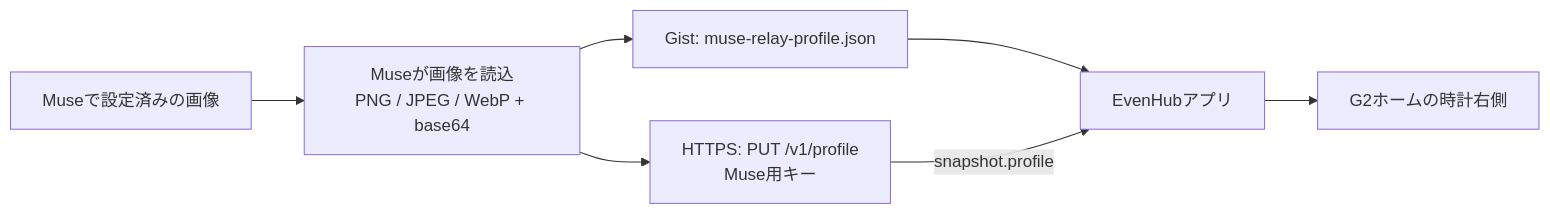
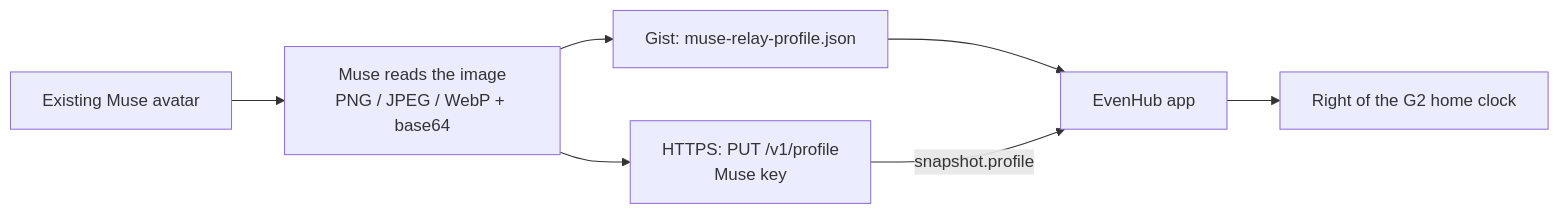
Before and after one commit to 3mintimer/muse-relay: the second of 5 diagrams in docs/protocol.md, drawn with Mermaid. The commit also changed other lines of this file and 49 other files, not shown here.

````diff
--- a/docs/protocol.md
+++ b/docs/protocol.md
@@ -101,9 +103,9 @@
 ```mermaid
 flowchart LR
-  M["Museで設定済みの画像"] --> E["Museが画像を読込\nPNG / JPEG / WebP + base64"]
+  M["Existing Muse avatar"] --> E["Muse reads the image\nPNG / JPEG / WebP + base64"]
   E --> G["Gist: muse-relay-profile.json"]
-  E --> R["HTTPS: PUT /v1/profile\nMuse用キー"]
-  G --> H["EvenHubアプリ"]
+  E --> R["HTTPS: PUT /v1/profile\nMuse key"]
+  G --> H[EvenHub app]
   R -->|snapshot.profile| H
-  H --> C["G2ホームの時計右側"]
+  H --> C[Right of the G2 home clock]
 ```
````
